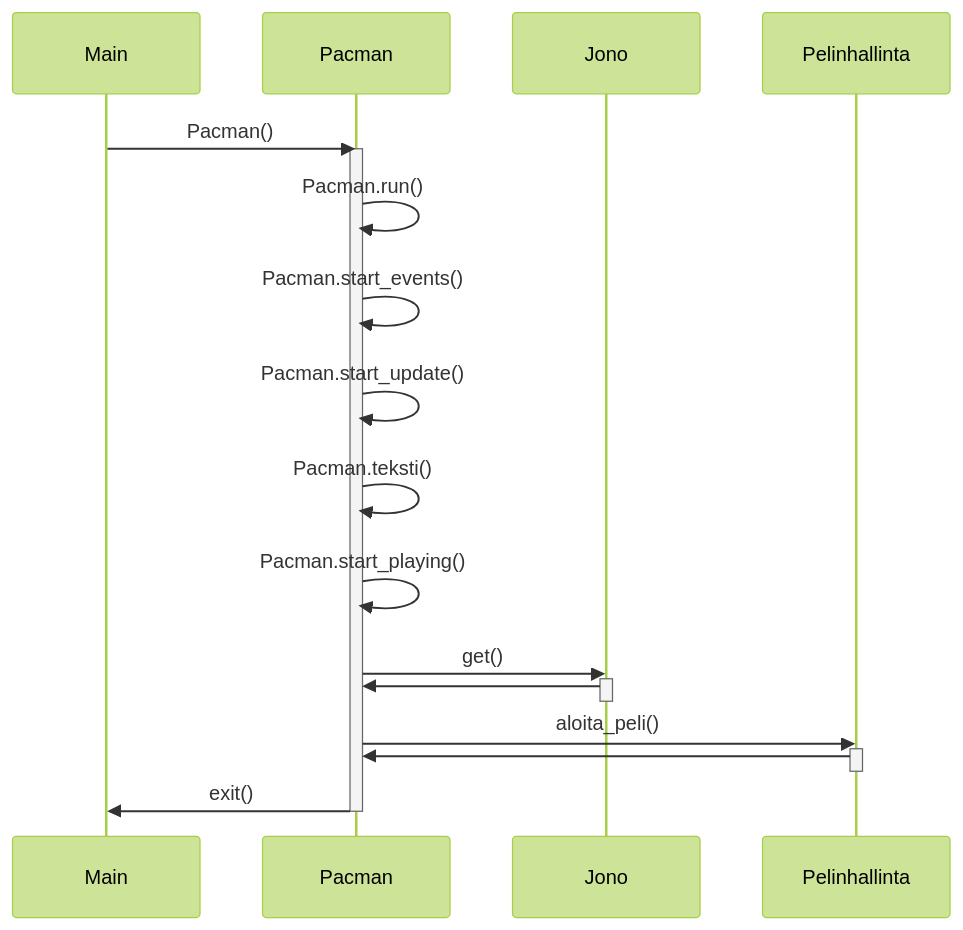
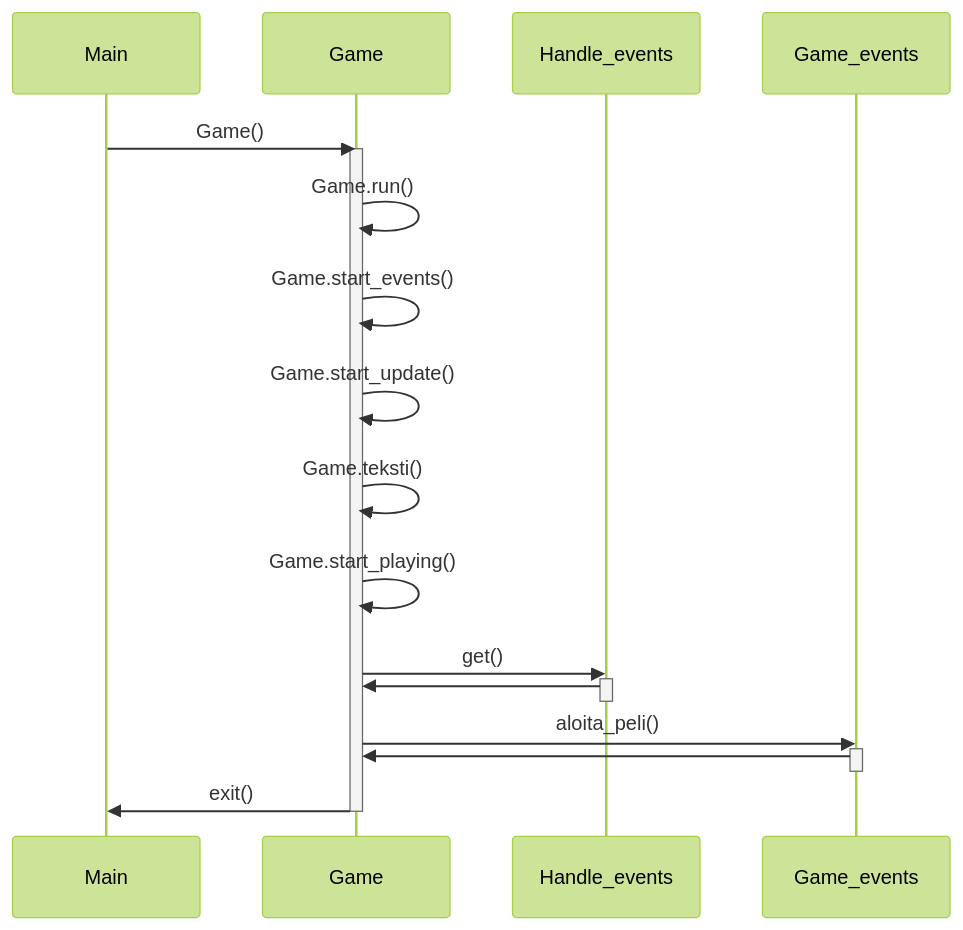
Before and after one commit to tuovinenemma/ot-harjoitustyo1: the third of 3 diagrams in dokumentaatio/arkkitehtuuri.md, drawn with Mermaid (forest theme). The commit also changed other lines of this file, not shown here.

````diff
--- a/dokumentaatio/arkkitehtuuri.md
+++ b/dokumentaatio/arkkitehtuuri.md
@@ -76,33 +100,33 @@
 ```mermaid
 
 sequenceDiagram
 participant Main
-participant Pacman
-participant Jono
-participant Pelinhallinta
+participant Game
+participant Handle_events
+participant Game_events
 
-Main->>Pacman: Pacman()
-activate Pacman
-Pacman->>Pacman: Pacman.run()
-Pacman->>Pacman: Pacman.start_events()
-Pacman->>Pacman: Pacman.start_update()
-Pacman->>Pacman: Pacman.teksti()
-Pacman->>Pacman: Pacman.start_playing()
-Pacman->>Jono: get()
-activate Jono
-Jono->>Pacman: 
-deactivate Jono
-Pacman->>Pelinhallinta: aloita_peli()
-activate Pelinhallinta
-Pelinhallinta->>Pacman: 
-deactivate Pelinhallinta
-Pacman->>Main: exit()
-deactivate Pacman
+Main->>Game: Game()
+activate Game
+Game->>Game: Game.run()
+Game->>Game: Game.start_events()
+Game->>Game: Game.start_update()
+Game->>Game: Game.teksti()
+Game->>Game: Game.start_playing()
+Game->>Handle_events: get()
+activate Handle_events
+Handle_events->>Game: 
+deactivate Handle_events
+Game->>Game_events: aloita_peli()
+activate Game_events
+Game_events->>Game: 
+deactivate Game_events
+Game->>Main: exit()
+deactivate Game
 
 
 
 
 
 
 
 ```
````
